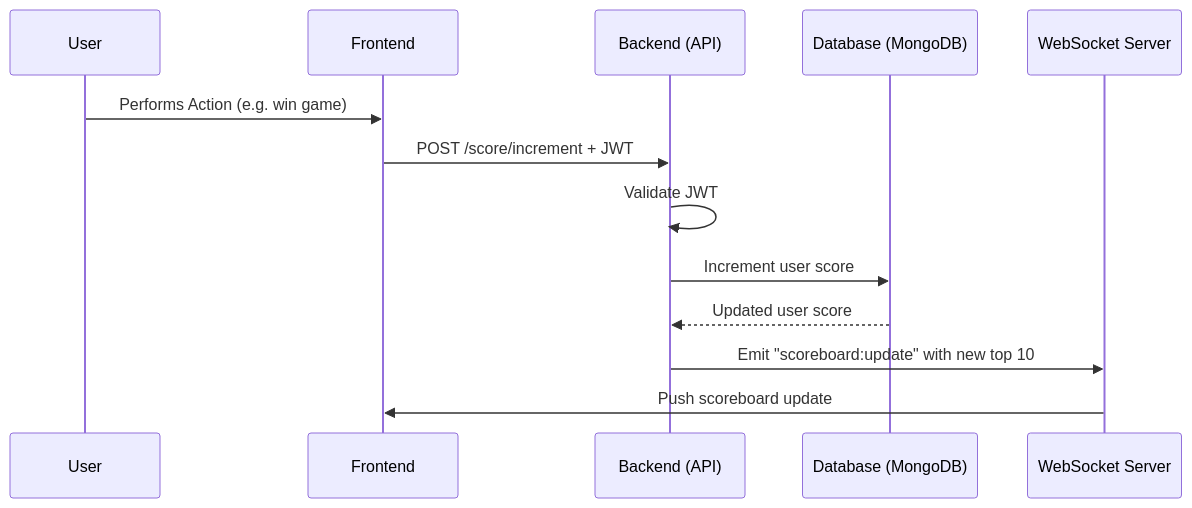
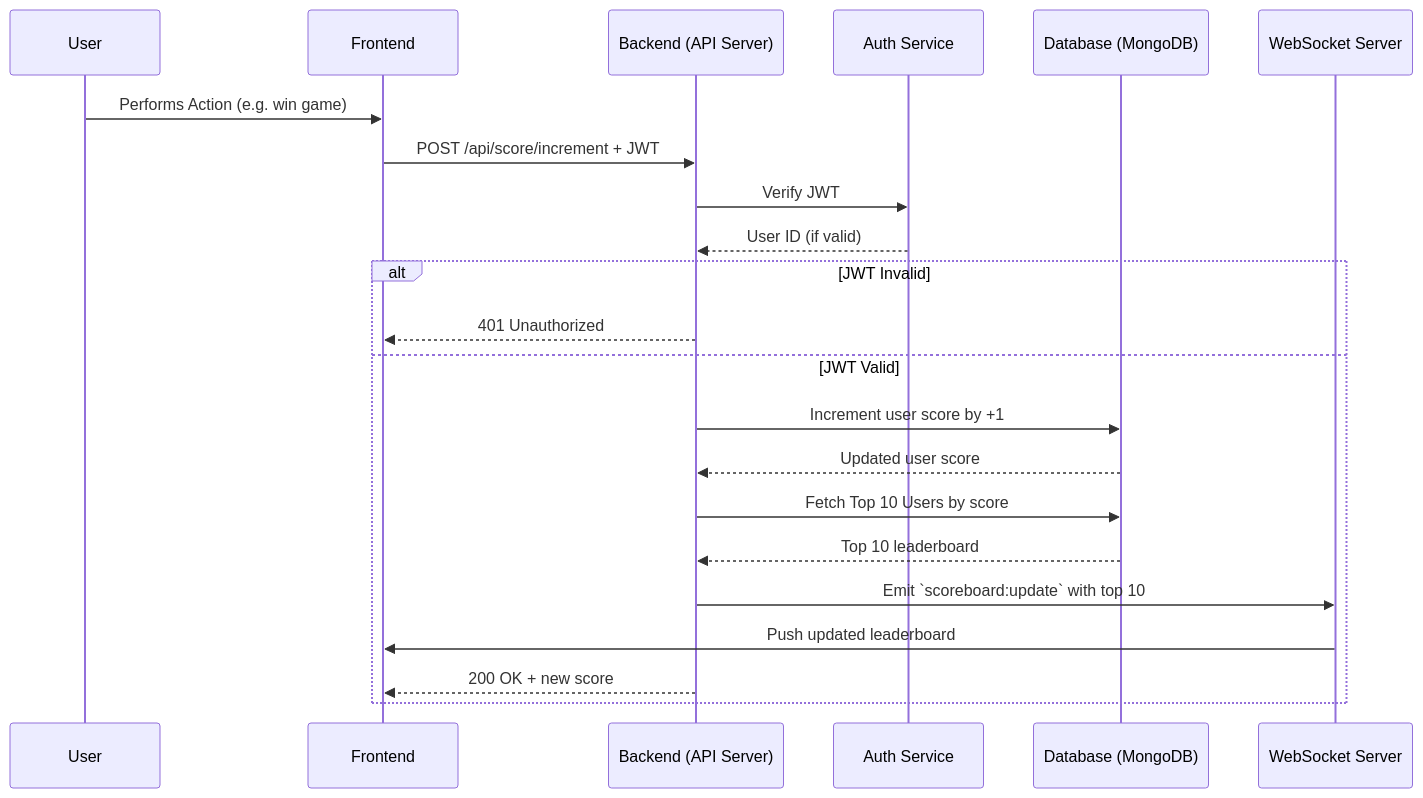
One commit to LyTuan/code_challenge changed the diagram in README.md. Above: the diagram before and after it, drawn with Mermaid. The commit also changed other lines of this file, not shown here.

Commit message:
update: the diagram for more detail

````diff
--- a/README.md
+++ b/README.md
@@ -177,17 +177,27 @@
 ```mermaid
 sequenceDiagram
   participant User
   participant Frontend
-  participant Backend (API)
+  participant Backend (API Server)
+  participant Auth Service
   participant Database (MongoDB)
   participant WebSocket Server
 
   User->>Frontend: Performs Action (e.g. win game)
-  Frontend->>Backend (API): POST /score/increment + JWT
-  Backend (API)->>Backend (API): Validate JWT
-  Backend (API)->>Database (MongoDB): Increment user score
-  Database (MongoDB)-->>Backend (API): Updated user score
-  Backend (API)->>WebSocket Server: Emit "scoreboard:update" with new top 10
-  WebSocket Server->>Frontend: Push scoreboard update
+  Frontend->>Backend (API Server): POST /api/score/increment + JWT
+  Backend (API Server)->>Auth Service: Verify JWT
+  Auth Service-->>Backend (API Server): User ID (if valid)
+  alt JWT Invalid
+    Backend (API Server)-->>Frontend: 401 Unauthorized
+  else JWT Valid
+    Backend (API Server)->>Database (MongoDB): Increment user score by +1
+    Database (MongoDB)-->>Backend (API Server): Updated user score
+    Backend (API Server)->>Database (MongoDB): Fetch Top 10 Users by score
+    Database (MongoDB)-->>Backend (API Server): Top 10 leaderboard
+    Backend (API Server)->>WebSocket Server: Emit `scoreboard:update` with top 10
+    WebSocket Server->>Frontend: Push updated leaderboard
+    Backend (API Server)-->>Frontend: 200 OK + new score
+  end
+
   
  ``` 
````
